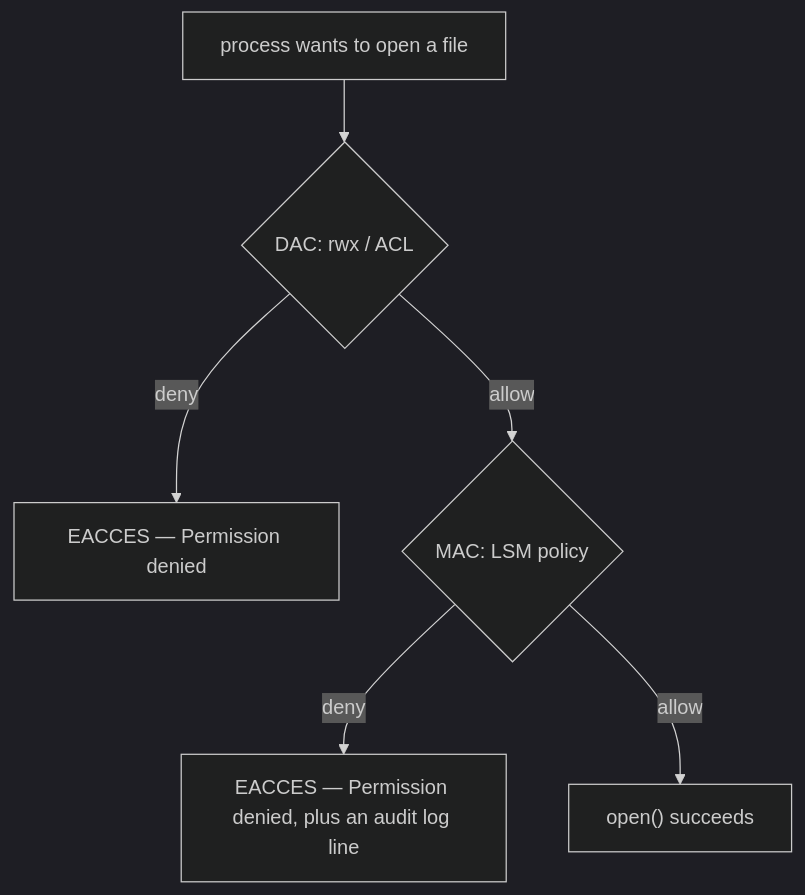
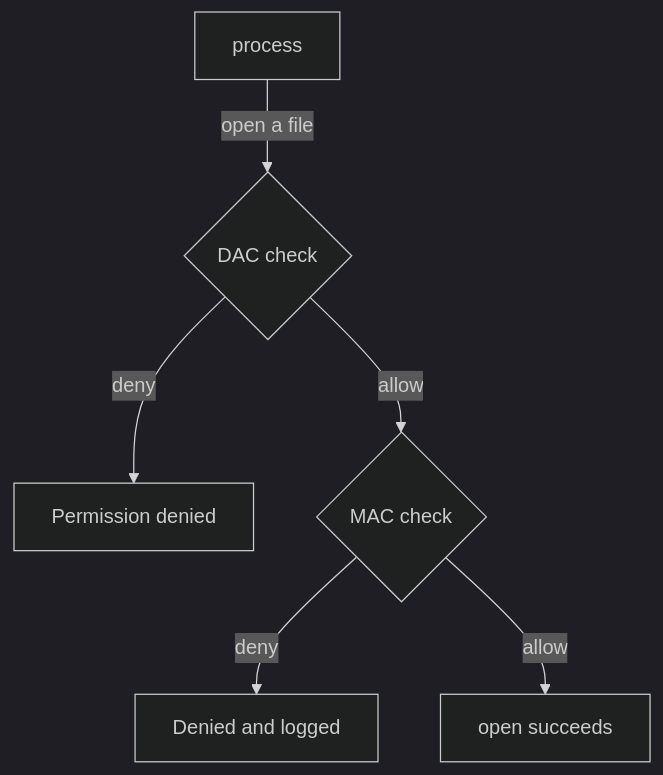
Before and after one commit to astrona-io/ATS002: the diagram in sections/section-040/module-01/course-01-two-gates-dac-mac-and-which-system.md, drawn with Mermaid (dark theme). The commit also changed other lines of this file and 615 other files, not shown here.

````diff
--- a/sections/section-040/module-01/course-01-two-gates-dac-mac-and-which-system.md
+++ b/sections/section-040/module-01/course-01-two-gates-dac-mac-and-which-system.md
@@ -34,8 +40,8 @@
 ```mermaid
-flowchart TD
-    R["process wants to open a file"] --> DAC{"DAC: rwx / ACL"}
-    DAC -->|deny| E1["EACCES — Permission denied"]
-    DAC -->|allow| MAC{"MAC: LSM policy"}
-    MAC -->|deny| E2["EACCES — Permission denied, plus an audit log line"]
-    MAC -->|allow| OK["open() succeeds"]
+flowchart TB
+    P["process"] -->|"open a file"| D{"DAC check"}
+    D -->|"deny"| E1["Permission denied"]
+    D -->|"allow"| M{"MAC check"}
+    M -->|"deny"| E2["Denied and logged"]
+    M -->|"allow"| OK["open succeeds"]
 ```
````
